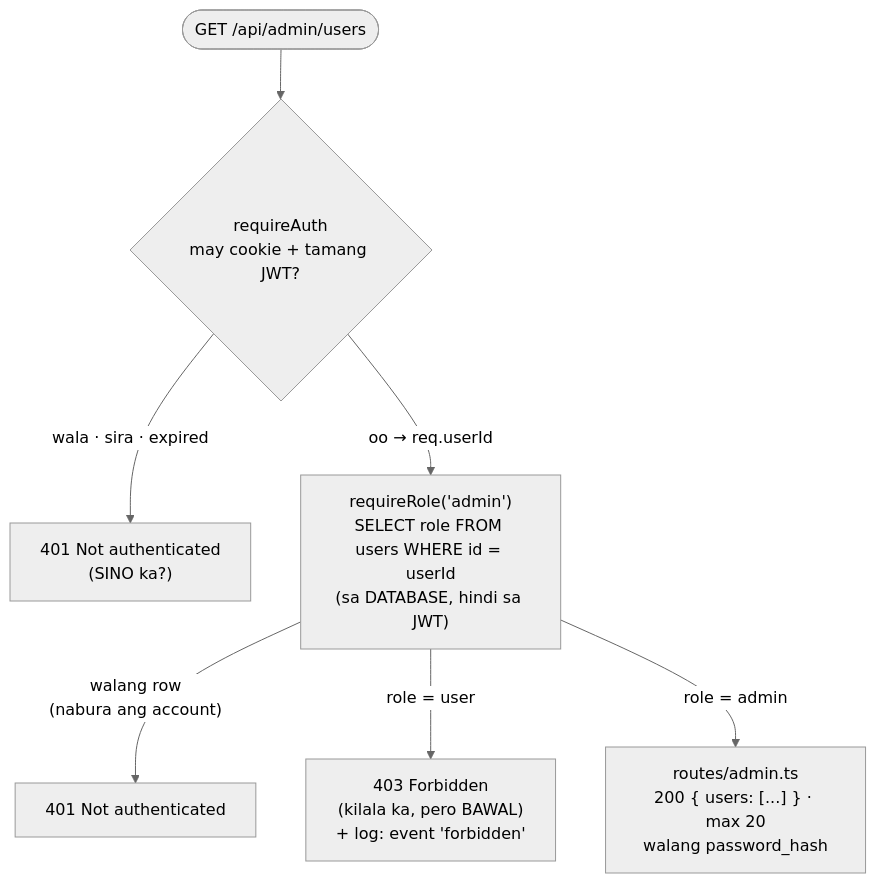
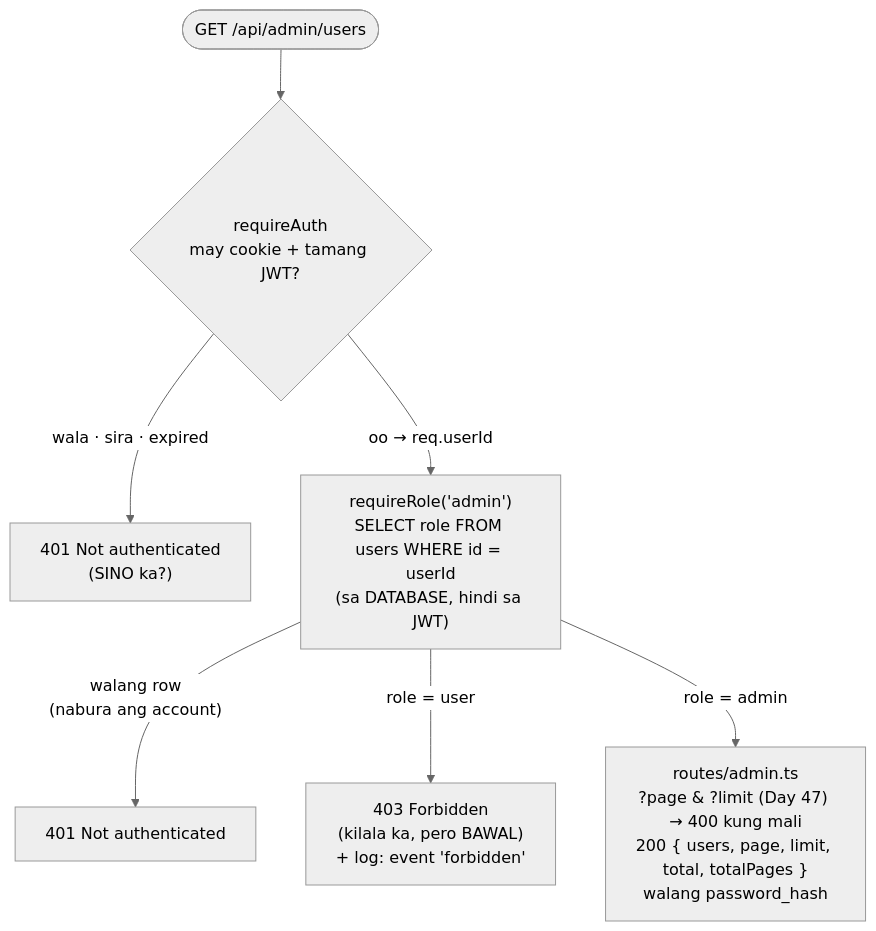
One commit to nelson1869-ai/auth-learning changed the first of 2 diagrams in docs/diagrams/13-rbac.md. Above: the diagram before and after it, drawn with Mermaid (neutral theme). The commit also changed 8 other files, not shown here.

````diff
--- a/docs/diagrams/13-rbac.md
+++ b/docs/diagrams/13-rbac.md
@@ -11,9 +11,9 @@
 ```mermaid
 flowchart TD
     Req(["GET /api/admin/users"]) --> Cookie{"requireAuth<br/>may cookie + tamang JWT?"}
     Cookie -->|"wala · sira · expired"| R401a["401 Not authenticated<br/>(SINO ka?)"]
     Cookie -->|"oo → req.userId"| Lookup["requireRole('admin')<br/>SELECT role FROM users WHERE id = userId<br/>(sa DATABASE, hindi sa JWT)"]
     Lookup -->|"walang row<br/>(nabura ang account)"| R401b["401 Not authenticated"]
     Lookup -->|"role = user"| R403["403 Forbidden<br/>(kilala ka, pero BAWAL)<br/>+ log: event 'forbidden'"]
-    Lookup -->|"role = admin"| Route["routes/admin.ts<br/>200 { users: [...] } · max 20<br/>walang password_hash"]
+    Lookup -->|"role = admin"| Route["routes/admin.ts<br/>?page & ?limit (Day 47) → 400 kung mali<br/>200 { users, page, limit, total, totalPages }<br/>walang password_hash"]
 ```
````
